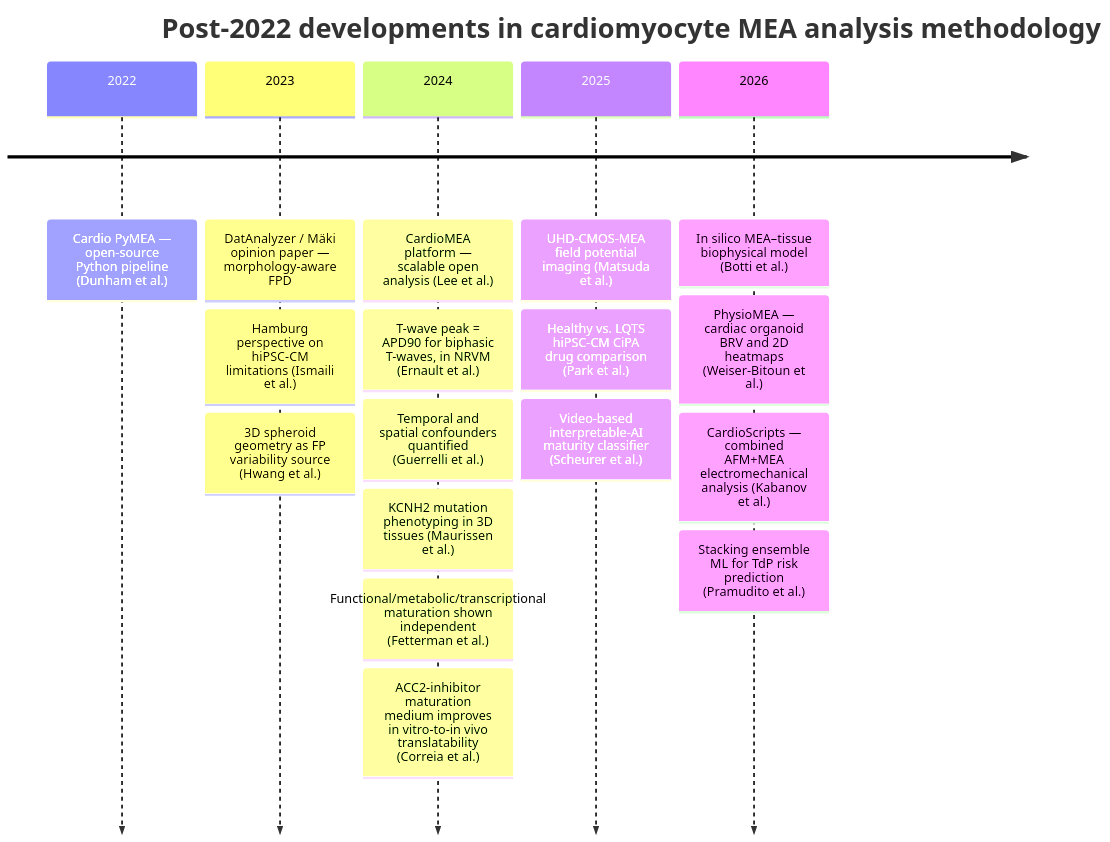
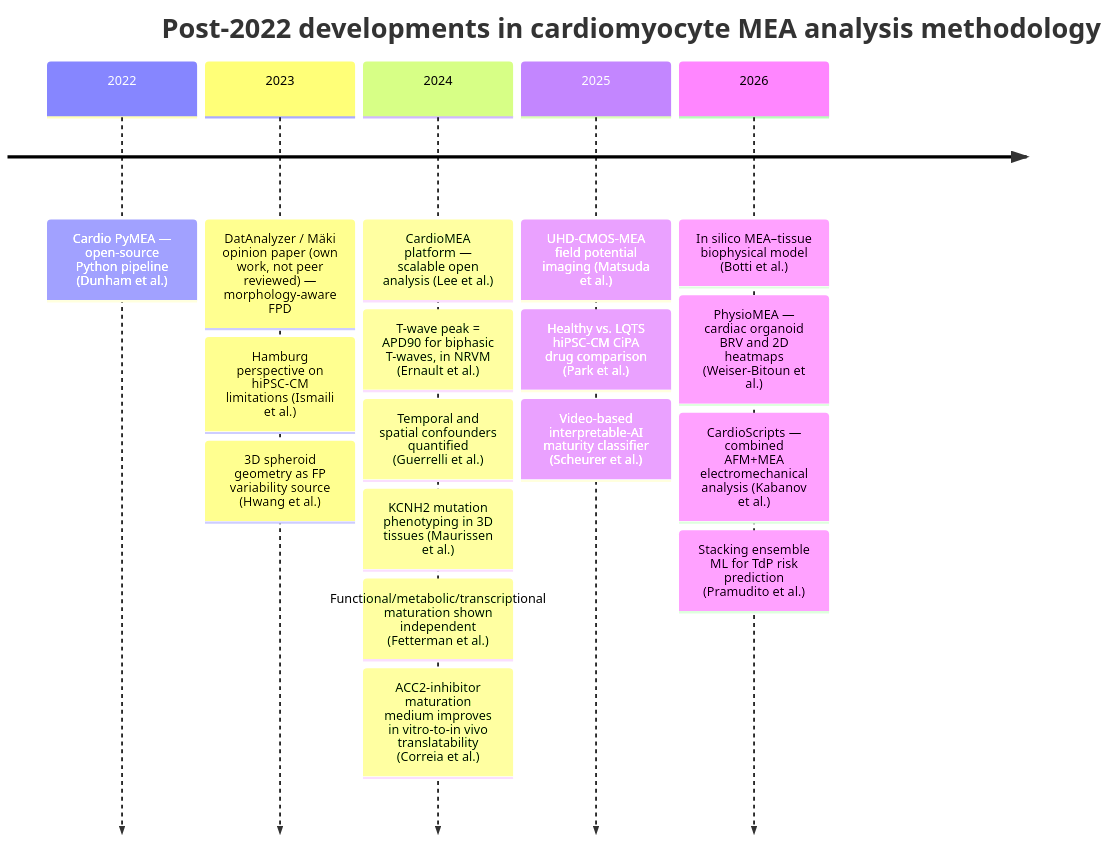
The first of 2 diagrams in main.md (AnaHill/MEA_review_llm_wiki), drawn with Mermaid before and after one commit. The commit also changed other lines of this file and 5 other files, not shown here.

````diff
--- a/main.md
+++ b/main.md
@@ -40,21 +40,21 @@
 ```mermaid
 timeline
     title Post-2022 developments in cardiomyocyte MEA analysis methodology
     2022 : Cardio PyMEA — open-source Python pipeline (Dunham et al.)
-    2023 : DatAnalyzer / Mäki opinion paper — morphology-aware FPD
+    2023 : DatAnalyzer / Mäki opinion paper (own work, not peer reviewed) — morphology-aware FPD
          : Hamburg perspective on hiPSC-CM limitations (Ismaili et al.)
          : 3D spheroid geometry as FP variability source (Hwang et al.)
     2024 : CardioMEA platform — scalable open analysis (Lee et al.)
          : T-wave peak = APD90 for biphasic T-waves, in NRVM (Ernault et al.)
          : Temporal and spatial confounders quantified (Guerrelli et al.)
          : KCNH2 mutation phenotyping in 3D tissues (Maurissen et al.)
          : Functional/metabolic/transcriptional maturation shown independent (Fetterman et al.)
          : ACC2-inhibitor maturation medium improves in vitro-to-in vivo translatability (Correia et al.)
     2025 : UHD-CMOS-MEA field potential imaging (Matsuda et al.)
          : Healthy vs. LQTS hiPSC-CM CiPA drug comparison (Park et al.)
          : Video-based interpretable-AI maturity classifier (Scheurer et al.)
     2026 : In silico MEA–tissue biophysical model (Botti et al.)
          : PhysioMEA — cardiac organoid BRV and 2D heatmaps (Weiser-Bitoun et al.)
          : CardioScripts — combined AFM+MEA electromechanical analysis (Kabanov et al.)
          : Stacking ensemble ML for TdP risk prediction (Pramudito et al.)
 ```
````
